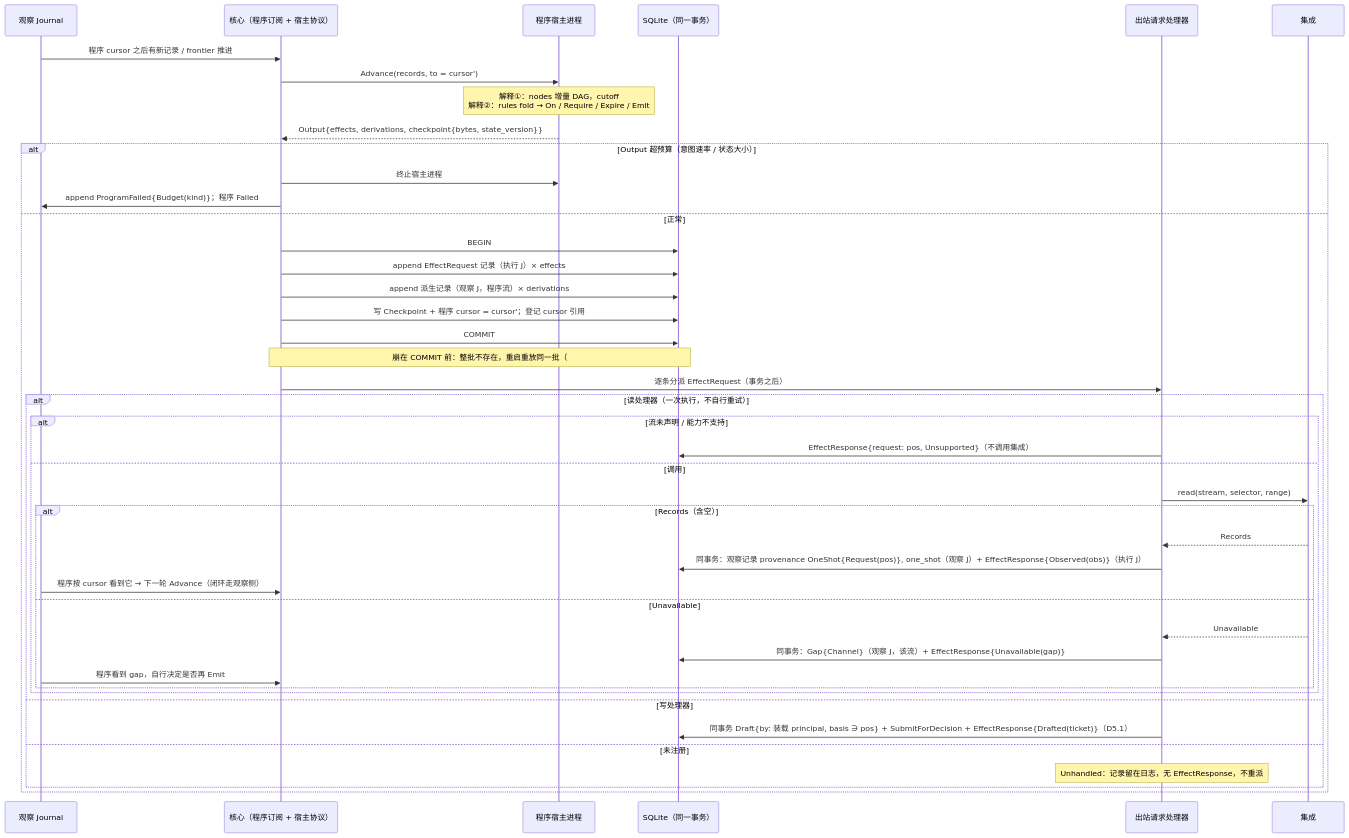
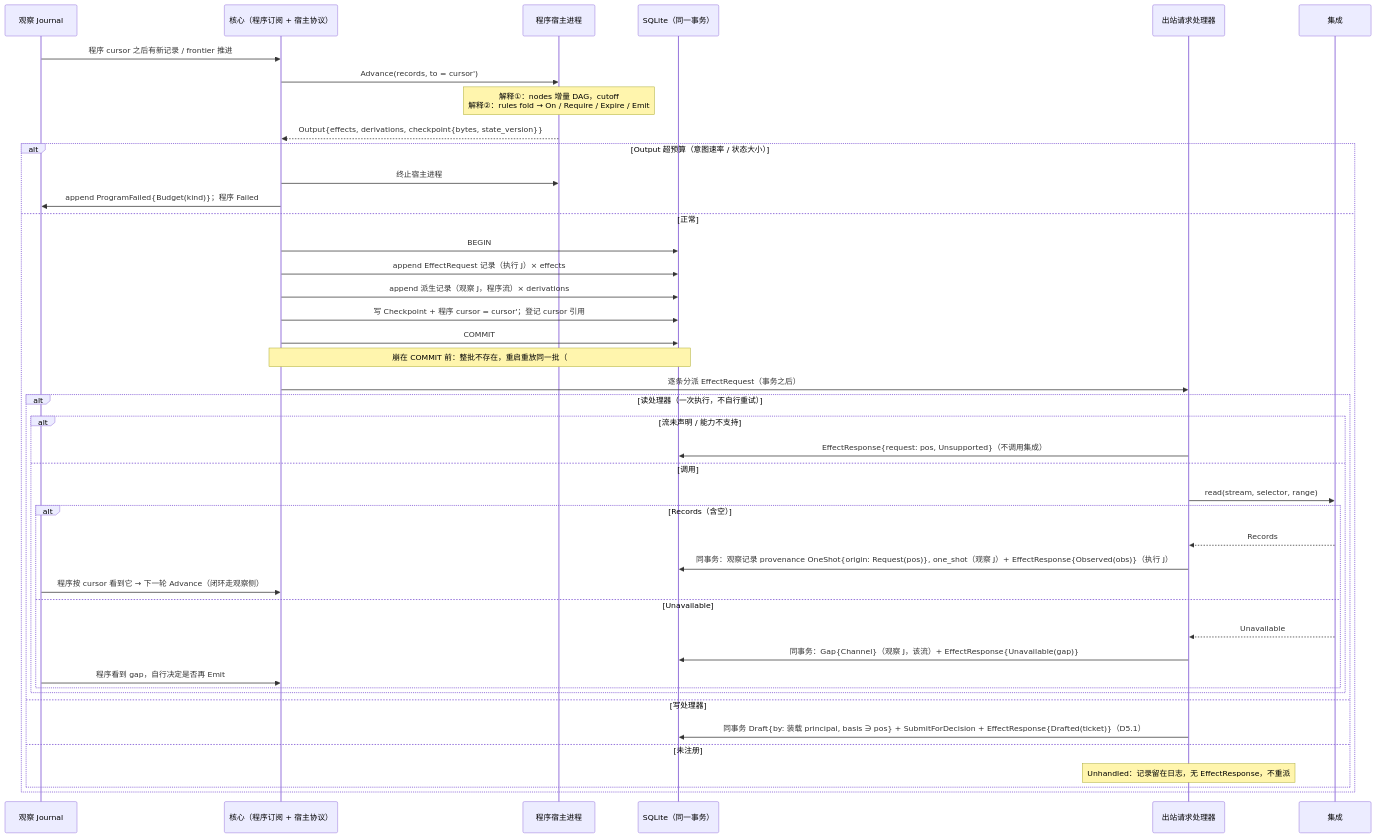
Before and after one commit to mouriya-s-lab/uta: the first of 3 diagrams in design/diagrams/04-program-host.md, drawn with Mermaid. The commit also changed other lines of this file and 6 other files, not shown here.

````diff
--- a/design/diagrams/04-program-host.md
+++ b/design/diagrams/04-program-host.md
@@ -9,45 +9,45 @@
 ```mermaid
 sequenceDiagram
   participant J as 观察 Journal
   participant C as 核心（程序订阅 + 宿主协议）
   participant H as 程序宿主进程
   participant DB as SQLite（同一事务）
   participant O as 出站请求处理器
   participant I as 集成
   J->>C: 程序 cursor 之后有新记录 / frontier 推进
   C->>H: Advance(records, to = cursor')
   Note over H: 解释①：nodes 增量 DAG，cutoff<br/>解释②：rules fold → On / Require / Expire / Emit
   H-->>C: Output{effects, derivations, checkpoint{bytes, state_version}}
   alt Output 超预算（意图速率 / 状态大小）
     C->>H: 终止宿主进程
     C->>J: append ProgramFailed{Budget(kind)}；程序 Failed
   else 正常
     C->>DB: BEGIN
     C->>DB: append EffectRequest 记录（执行 J）× effects
     C->>DB: append 派生记录（观察 J，程序流）× derivations
     C->>DB: 写 Checkpoint + 程序 cursor = cursor'；登记 cursor 引用
     C->>DB: COMMIT
     Note over C,DB: 崩在 COMMIT 前：整批不存在，重启重放同一批（#16）
     C->>O: 逐条分派 EffectRequest（事务之后）
     alt 读处理器（一次执行，不自行重试）
       alt 流未声明 / 能力不支持
         O->>DB: EffectResponse{request: pos, Unsupported}（不调用集成）
       else 调用
         O->>I: read(stream, selector, range)
         alt Records（含空）
           I-->>O: Records
-          O->>DB: 同事务：观察记录 provenance OneShot{Request(pos)}, one_shot（观察 J）+ EffectResponse{Observed(obs)}（执行 J）
+          O->>DB: 同事务：观察记录 provenance OneShot{origin: Request(pos)}, one_shot（观察 J）+ EffectResponse{Observed(obs)}（执行 J）
           J->>C: 程序按 cursor 看到它 → 下一轮 Advance（闭环走观察侧）
         else Unavailable
           I-->>O: Unavailable
           O->>DB: 同事务：Gap{Channel}（观察 J，该流）+ EffectResponse{Unavailable(gap)}
           J->>C: 程序看到 gap，自行决定是否再 Emit
         end
       end
     else 写处理器
       O->>DB: 同事务 Draft{by: 装载 principal, basis ∋ pos} + SubmitForDecision + EffectResponse{Drafted(ticket)}（D5.1）
     else 未注册
       Note over O: Unhandled：记录留在日志，无 EffectResponse，不重派
     end
   end
 ```
````
